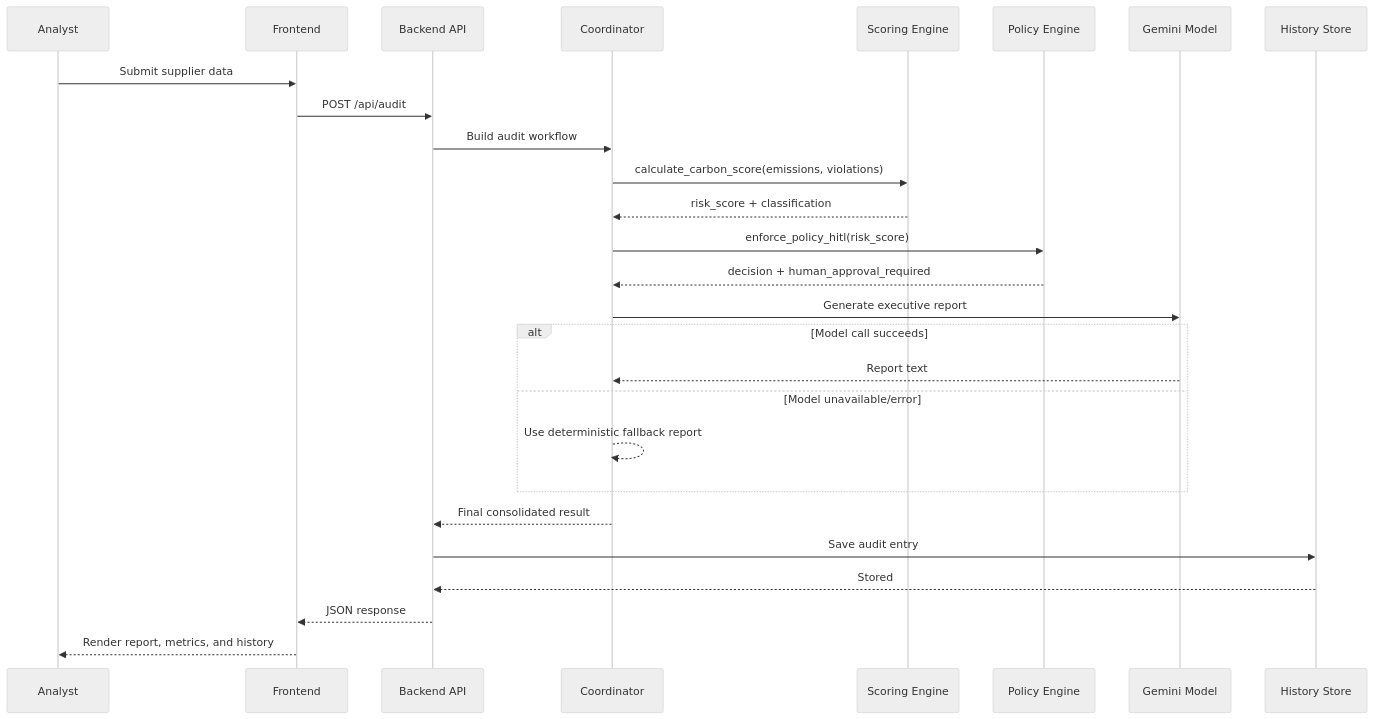
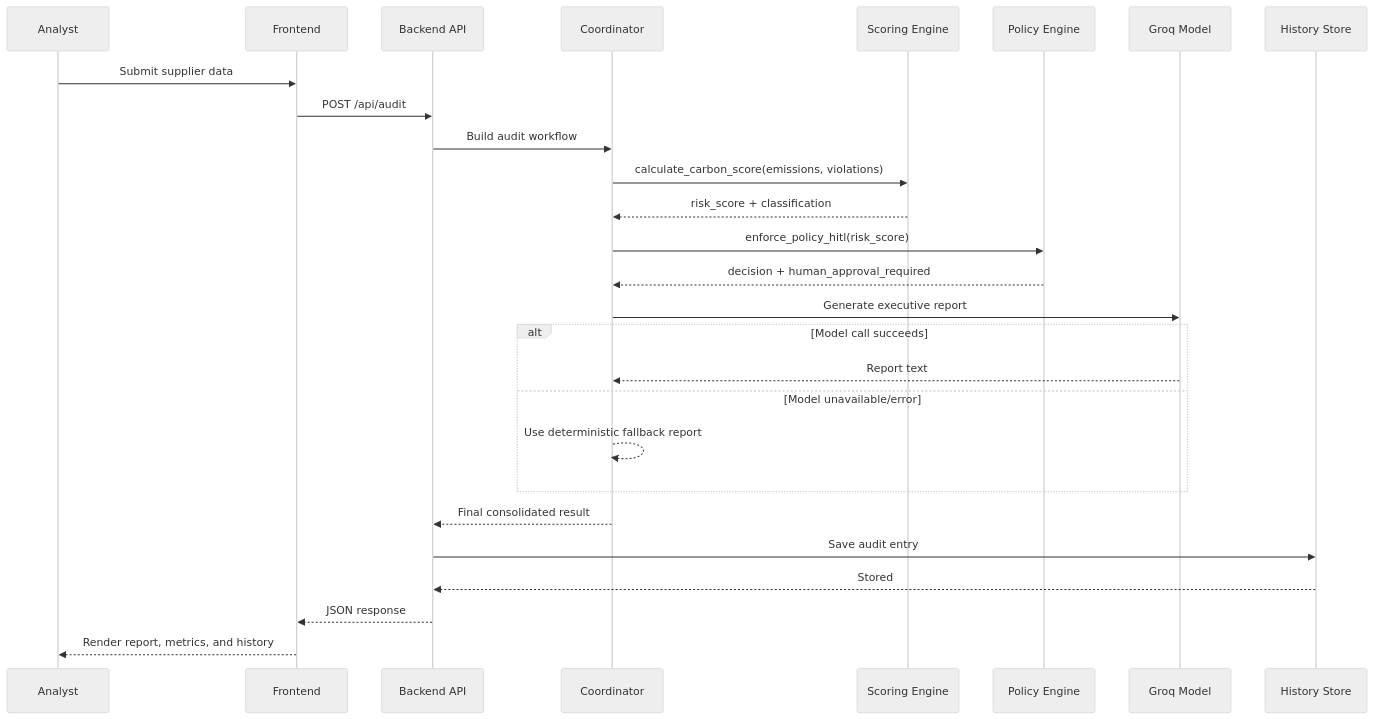
One commit to Hacknovate-7-0/CFOE-Groq changed the second of 2 diagrams in README.md. Above: the diagram before and after it, drawn with Mermaid (neutral theme). The commit also changed other lines of this file and 2 other files, not shown here.

````diff
--- a/README.md
+++ b/README.md
@@ -124,30 +124,30 @@
 ```mermaid
 sequenceDiagram
     participant A as Analyst
     participant F as Frontend
     participant B as Backend API
     participant C as Coordinator
     participant S as Scoring Engine
     participant P as Policy Engine
-    participant G as Gemini Model
+    participant G as Groq Model
     participant H as History Store
 
     A->>F: Submit supplier data
     F->>B: POST /api/audit
     B->>C: Build audit workflow
     C->>S: calculate_carbon_score(emissions, violations)
     S-->>C: risk_score + classification
     C->>P: enforce_policy_hitl(risk_score)
     P-->>C: decision + human_approval_required
     C->>G: Generate executive report
     alt Model call succeeds
         G-->>C: Report text
     else Model unavailable/error
         C-->>C: Use deterministic fallback report
     end
     C-->>B: Final consolidated result
     B->>H: Save audit entry
     H-->>B: Stored
     B-->>F: JSON response
     F-->>A: Render report, metrics, and history
 ```
````
